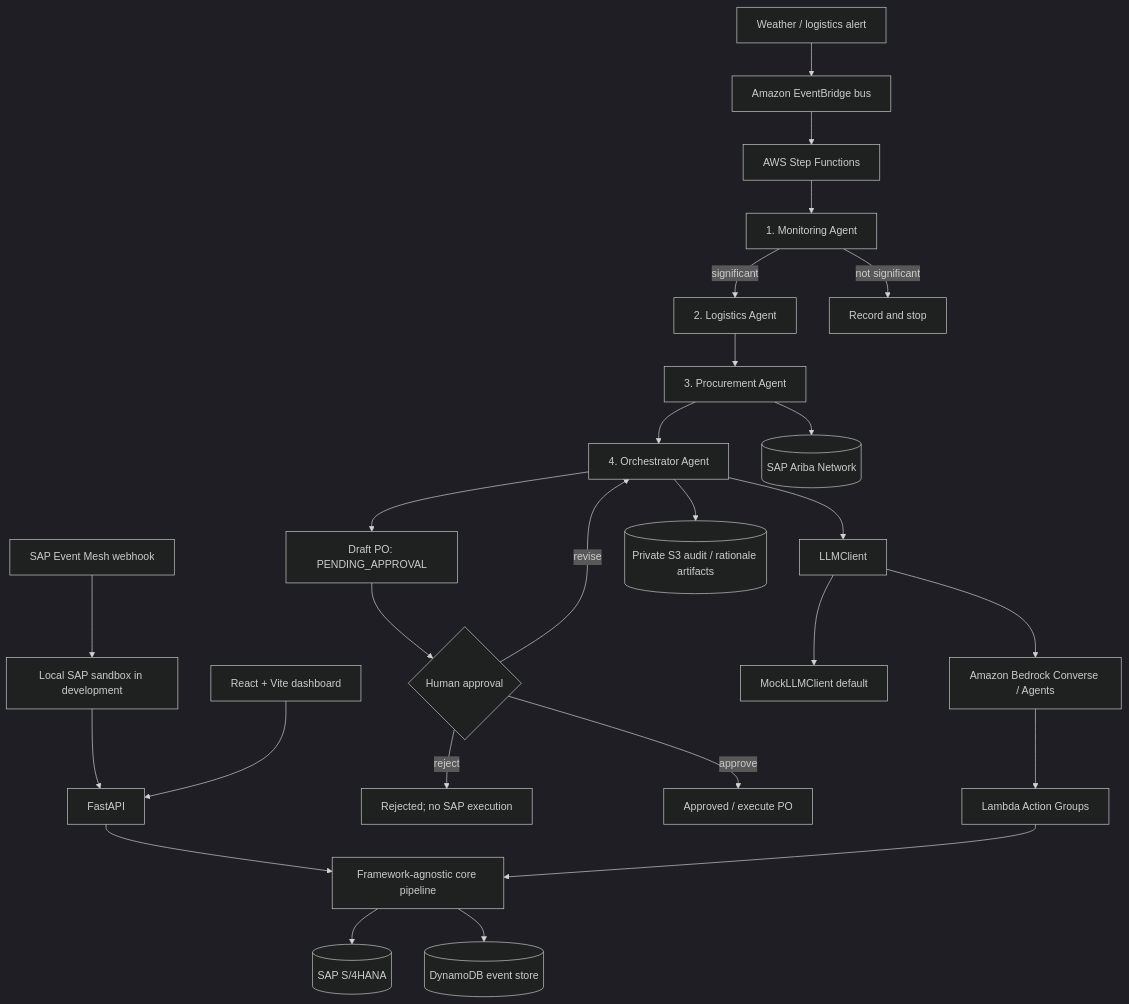
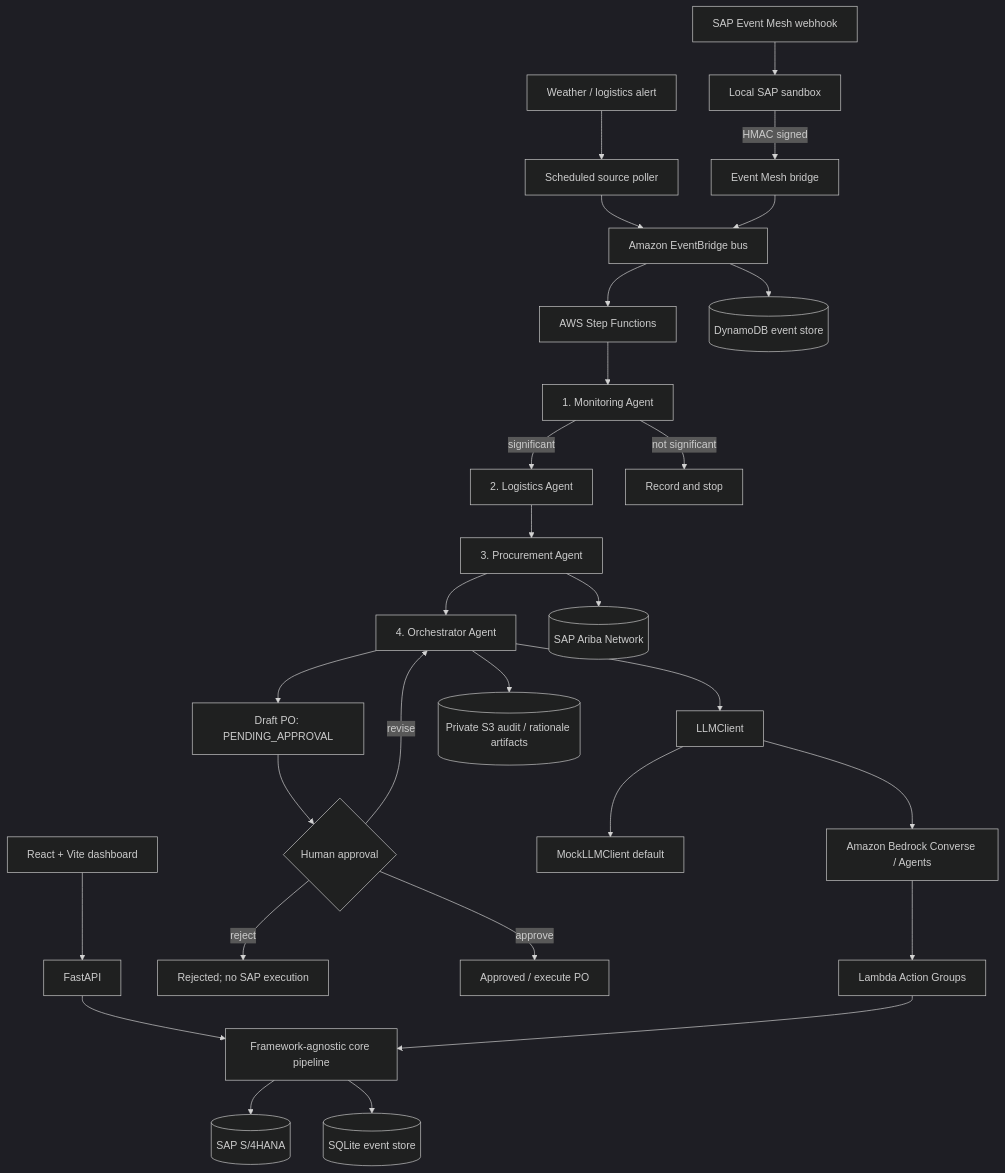
Before and after one commit to Erlangga31/ChainMind: the diagram in docs/architecture.md, drawn with Mermaid (dark theme). The commit also changed other lines of this file and 32 other files, not shown here.

````diff
--- a/docs/architecture.md
+++ b/docs/architecture.md
@@ -5,28 +5,31 @@
 ```mermaid
 flowchart TD
-    Ext[Weather / logistics alert] --> EB[Amazon EventBridge bus]
-    SAPEvents[SAP Event Mesh webhook] --> Sandbox[Local SAP sandbox in development]
-    Sandbox --> API
+    Ext[Weather / logistics alert] --> Poller[Scheduled source poller]
+    Poller --> EB[Amazon EventBridge bus]
+    SAPEvents[SAP Event Mesh webhook] --> Sandbox[Local SAP sandbox]
+    Sandbox -->|HMAC signed| Bridge[Event Mesh bridge]
+    Bridge --> EB
     UI[React + Vite dashboard] --> API[FastAPI]
     API --> Core[Framework-agnostic core pipeline]
     EB --> SF[AWS Step Functions]
     SF --> M[1. Monitoring Agent]
     M -->|significant| L[2. Logistics Agent]
     M -->|not significant| Stop[Record and stop]
     L --> P[3. Procurement Agent]
     P --> O[4. Orchestrator Agent]
     O --> Draft[Draft PO: PENDING_APPROVAL]
     Draft --> Human{Human approval}
     Human -->|revise| O
     Human -->|reject| Rejected[Rejected; no SAP execution]
     Human -->|approve| Execute[Approved / execute PO]
     Core --> SAP[(SAP S/4HANA)]
     P --> Ariba[(SAP Ariba Network)]
     O --> LLM[LLMClient]
     LLM --> MockLLM[MockLLMClient default]
     LLM --> Bedrock[Amazon Bedrock Converse / Agents]
     Bedrock --> Actions[Lambda Action Groups]
     Actions --> Core
-    Core --> Store[(DynamoDB event store)]
+    Core --> Store[(SQLite event store)]
+    EB --> StoreAWS[(DynamoDB event store)]
     O --> Audit[(Private S3 audit / rationale artifacts)]
 ```
````
